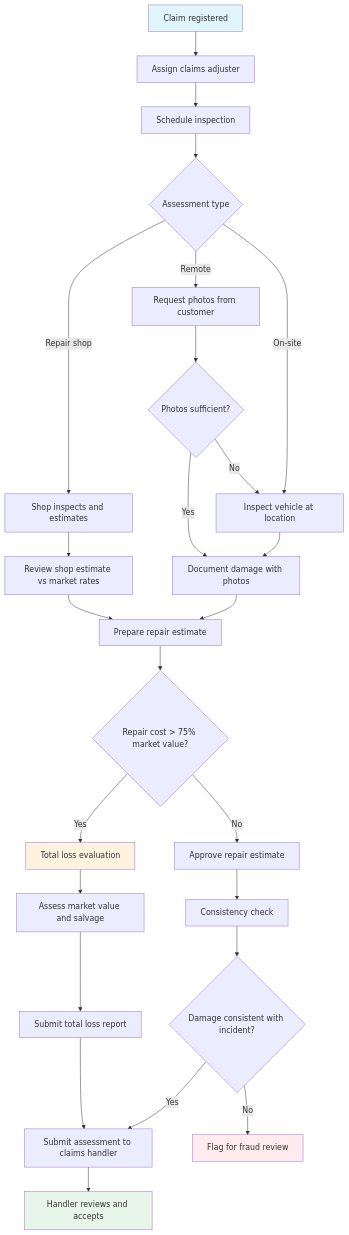
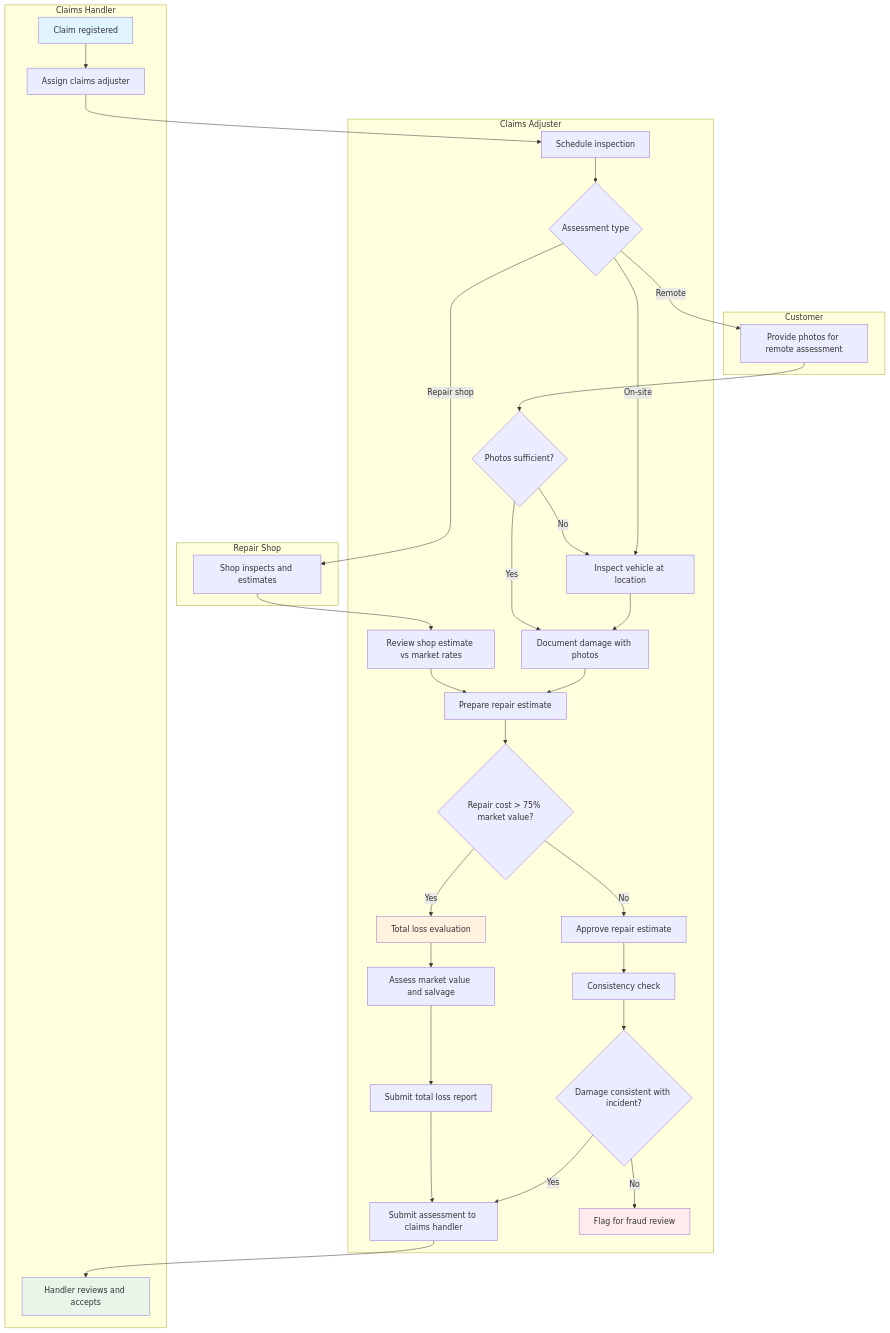
Before and after one commit to Agentic-software-factory/insurance-platform-requirements: the first of 2 diagrams in docs/phase-1-motor/use-cases/uc-damage-assessment.md, drawn with Mermaid. The commit also changed 13 other files, not shown here.

````diff
--- a/docs/phase-1-motor/use-cases/uc-damage-assessment.md
+++ b/docs/phase-1-motor/use-cases/uc-damage-assessment.md
@@ -50,32 +50,62 @@
 ```mermaid
 flowchart TD
-    A[Claim registered] --> B[Assign claims adjuster]
-    B --> C[Schedule inspection]
-    C --> D{Assessment type}
-    D -->|On-site| E[Inspect vehicle at location]
-    D -->|Remote| F[Request photos from customer]
-    D -->|Repair shop| G[Shop inspects and estimates]
-    E --> H[Document damage with photos]
-    F --> I{Photos sufficient?}
+    subgraph Claims Handler
+        A[Claim registered]
+        B[Assign claims adjuster]
+        U[Handler reviews and accepts]
+    end
+    subgraph Claims Adjuster
+        C[Schedule inspection]
+        D{Assessment type}
+        E[Inspect vehicle at location]
+        H[Document damage with photos]
+        I{Photos sufficient?}
+        J[Review shop estimate vs market rates]
+        K[Prepare repair estimate]
+        L{Repair cost > 75% market value?}
+        M[Total loss evaluation]
+        N[Assess market value and salvage]
+        O[Approve repair estimate]
+        P[Submit total loss report]
+        Q[Consistency check]
+        R{Damage consistent with incident?}
+        S[Submit assessment to claims handler]
+        T[Flag for fraud review]
+    end
+    subgraph Customer
+        F[Provide photos for remote assessment]
+    end
+    subgraph Repair Shop
+        G[Shop inspects and estimates]
+    end
+
+    A --> B
+    B --> C
+    C --> D
+    D -->|On-site| E
+    D -->|Remote| F
+    D -->|Repair shop| G
+    E --> H
+    F --> I
     I -->|Yes| H
     I -->|No| E
-    G --> J[Review shop estimate vs market rates]
-    H --> K[Prepare repair estimate]
+    G --> J
+    H --> K
     J --> K
-    K --> L{Repair cost > 75% market value?}
-    L -->|Yes| M[Total loss evaluation]
-    M --> N[Assess market value and salvage]
-    L -->|No| O[Approve repair estimate]
-    N --> P[Submit total loss report]
-    O --> Q[Consistency check]
-    Q --> R{Damage consistent with incident?}
-    R -->|Yes| S[Submit assessment to claims handler]
-    R -->|No| T[Flag for fraud review]
+    K --> L
+    L -->|Yes| M
+    M --> N
+    L -->|No| O
+    N --> P
+    O --> Q
+    Q --> R
+    R -->|Yes| S
+    R -->|No| T
     P --> S
-    S --> U[Handler reviews and accepts]
+    S --> U
 
     style A fill:#e1f5fe
     style U fill:#e8f5e9
     style M fill:#fff3e0
     style T fill:#ffebee
 ```
````
